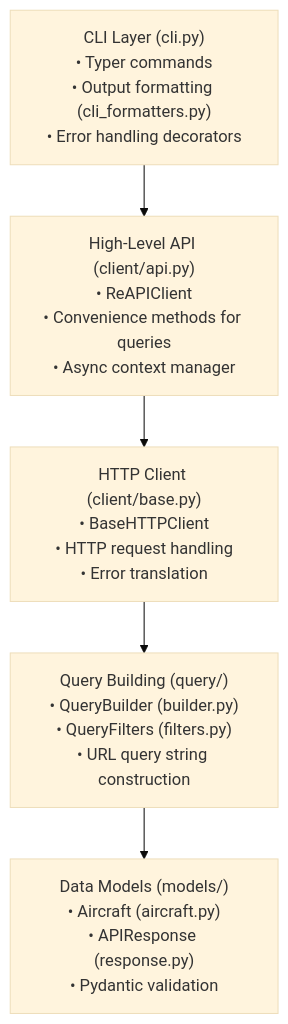
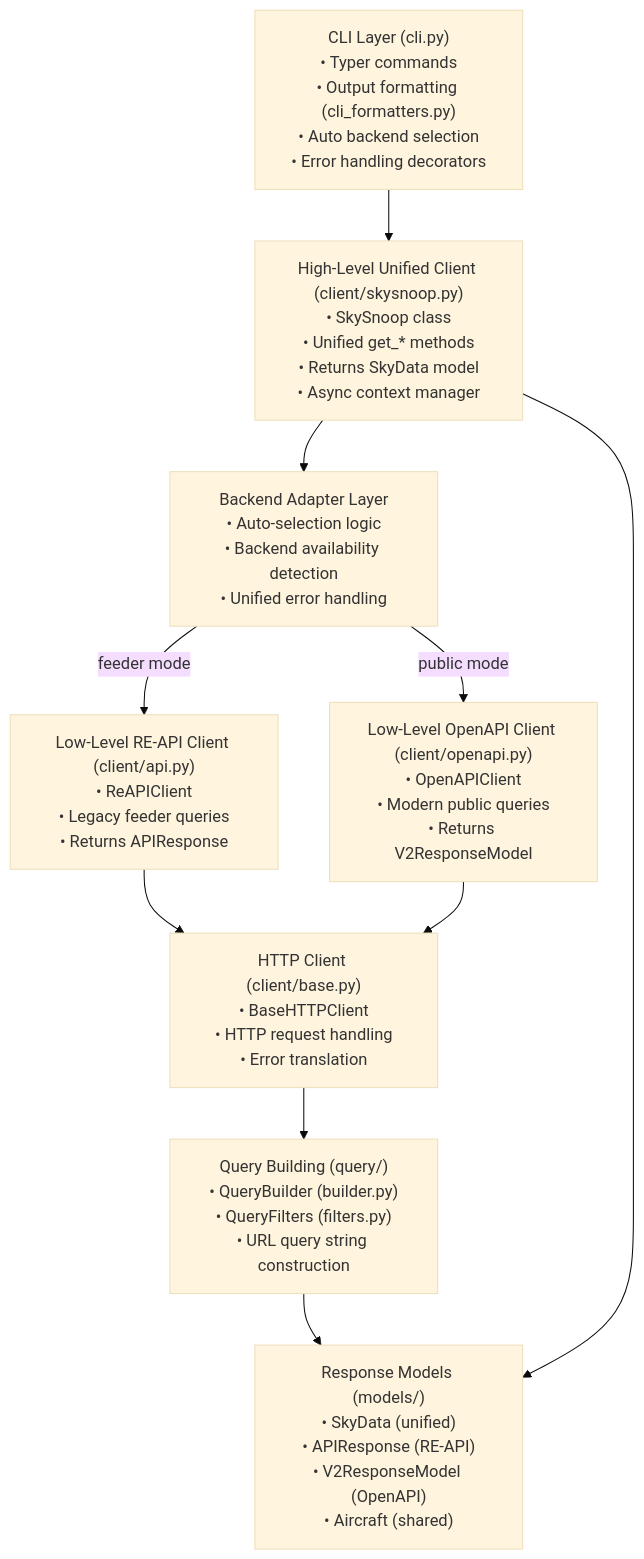
The first of 3 diagrams in docs/dev/architecture.md (tedivm/skysnoop), drawn with Mermaid (base theme) before and after one commit. The commit also changed other lines of this file and 45 other files, not shown here.

Commit message:
Create a high level unified client

````diff
--- a/docs/dev/architecture.md
+++ b/docs/dev/architecture.md
@@ -9,13 +18,21 @@
 ```mermaid
 flowchart TD
-    CLI["CLI Layer (cli.py)<br/>• Typer commands<br/>• Output formatting (cli_formatters.py)<br/>• Error handling decorators"]
-    API["High-Level API (client/api.py)<br/>• ReAPIClient<br/>• Convenience methods for queries<br/>• Async context manager"]
+    CLI["CLI Layer (cli.py)<br/>• Typer commands<br/>• Output formatting (cli_formatters.py)<br/>• Auto backend selection<br/>• Error handling decorators"]
+    SkySnoop["High-Level Unified Client (client/skysnoop.py)<br/>• SkySnoop class<br/>• Unified get_* methods<br/>• Returns SkyData model<br/>• Async context manager"]
+    Adapter["Backend Adapter Layer<br/>• Auto-selection logic<br/>• Backend availability detection<br/>• Unified error handling"]
+    ReAPI["Low-Level RE-API Client (client/api.py)<br/>• ReAPIClient<br/>• Legacy feeder queries<br/>• Returns APIResponse"]
+    OpenAPI["Low-Level OpenAPI Client (client/openapi.py)<br/>• OpenAPIClient<br/>• Modern public queries<br/>• Returns V2ResponseModel"]
     HTTP["HTTP Client (client/base.py)<br/>• BaseHTTPClient<br/>• HTTP request handling<br/>• Error translation"]
     Query["Query Building (query/)<br/>• QueryBuilder (builder.py)<br/>• QueryFilters (filters.py)<br/>• URL query string construction"]
-    Models["Data Models (models/)<br/>• Aircraft (aircraft.py)<br/>• APIResponse (response.py)<br/>• Pydantic validation"]
+    Models["Response Models (models/)<br/>• SkyData (unified)<br/>• APIResponse (RE-API)<br/>• V2ResponseModel (OpenAPI)<br/>• Aircraft (shared)"]
 
-    CLI --> API
-    API --> HTTP
+    CLI --> SkySnoop
+    SkySnoop --> Adapter
+    Adapter -->|feeder mode| ReAPI
+    Adapter -->|public mode| OpenAPI
+    ReAPI --> HTTP
+    OpenAPI --> HTTP
     HTTP --> Query
     Query --> Models
+    SkySnoop --> Models
 ```
````
